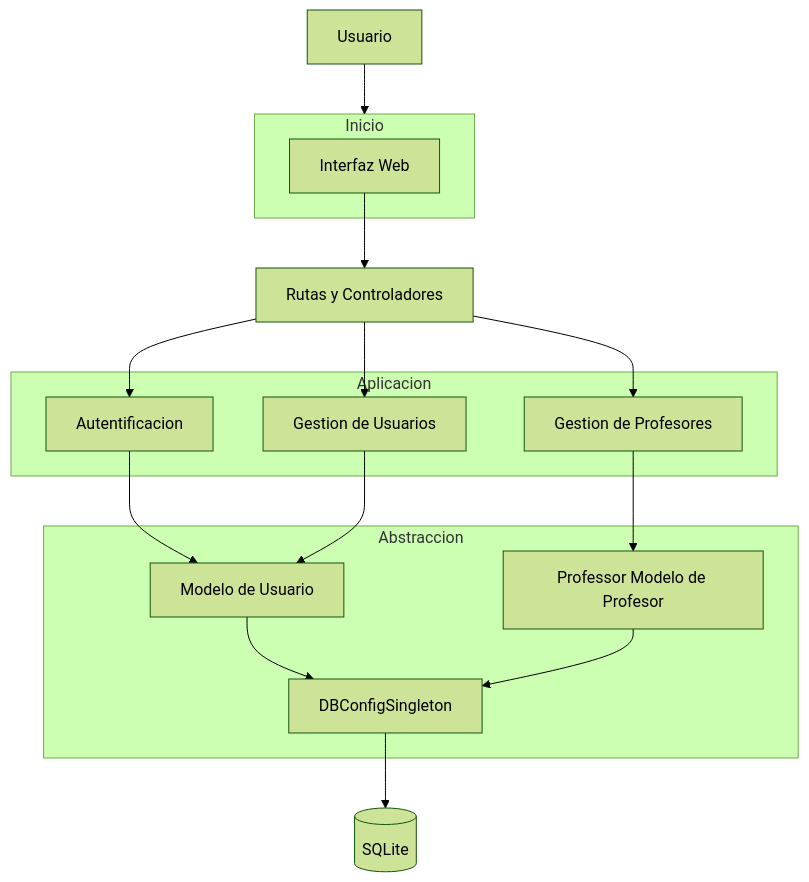
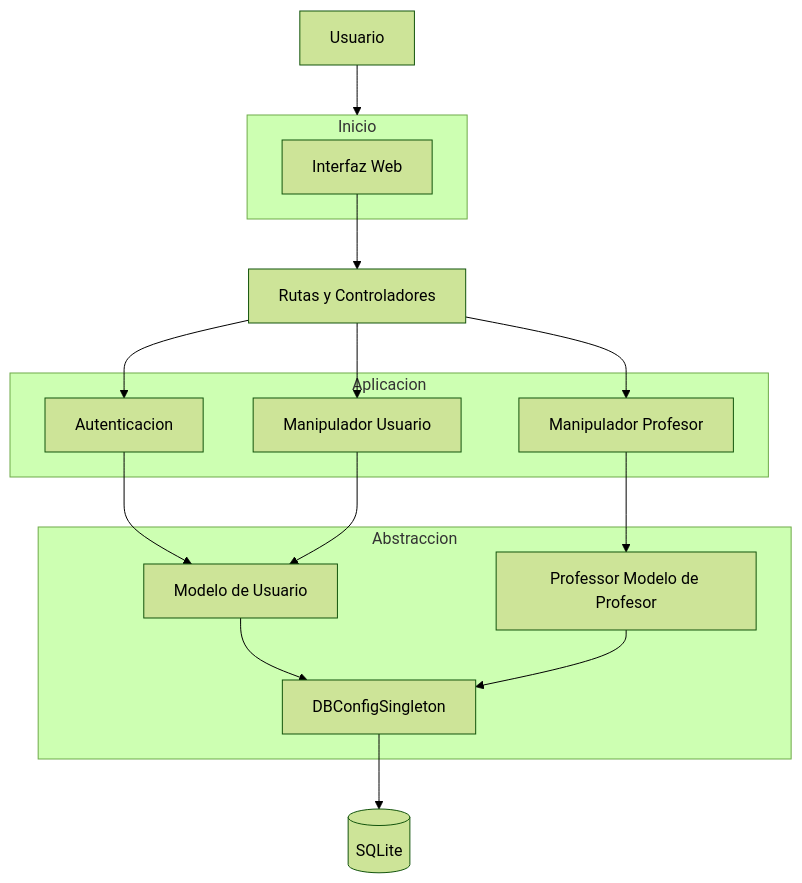
One commit to EleMeTe123/ProyectoIntegradorIS2-M-G changed the diagram in documentacion/systemArchitectureDiagrams.mmd. Above: the diagram before and after it, drawn with Mermaid (forest theme).

Commit message:
cambios a documentacion system arch diagram

```diff
--- a/documentacion/systemArchitectureDiagrams.mmd
+++ b/documentacion/systemArchitectureDiagrams.mmd
@@ -1,41 +1,41 @@
 flowchart TB
     U[Usuario]
 
     subgraph Inicio
         Interfaz[Interfaz Web]
     end
 
    
     RyC[Rutas y Controladores]
     
 
     subgraph Aplicacion
-        Autentificacion[Autentificacion]
-        GestionUs[Gestion de Usuarios]
-        GestionProf[Gestion de Profesores]
+        Autenticacion[Autenticacion]
+        GestionUs[Manipulador Usuario]
+        GestionProf[Manipulador Profesor]
     end
 
     subgraph Abstraccion
         ModeloUs[Modelo de Usuario]
         ModeloProf[Professor Modelo de Profesor]
 
         Singleton[DBConfigSingleton]
     end
 
     DB[(SQLite)]
 
     U --> Inicio
     Interfaz --> RyC
-    RyC --> Autentificacion
+    RyC --> Autenticacion
     RyC --> GestionUs
     RyC --> GestionProf
 
-    Autentificacion --> ModeloUs
+    Autenticacion --> ModeloUs
     GestionUs --> ModeloUs
     GestionProf --> ModeloProf
 
 
     ModeloUs --> Singleton
     ModeloProf --> Singleton
 
     Singleton --> DB
```
